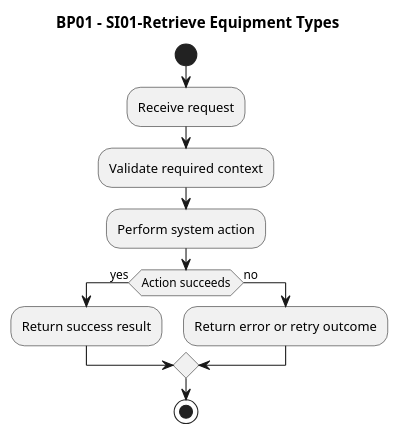
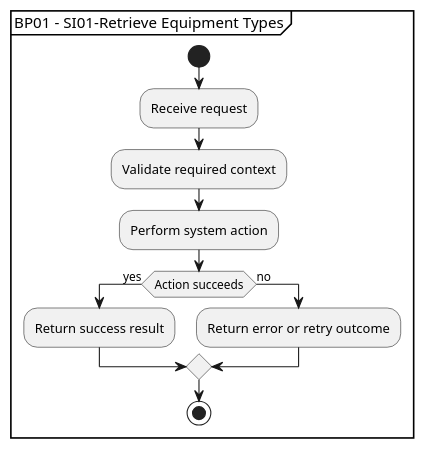
Before and after one commit to aaberg/builders-clinic-fix-me: the diagram in .opencode/skills/workflow-documenter/SKILL.md, drawn with PlantUML. The commit also changed other lines of this file and 54 other files, not shown here.

````diff
--- a/.opencode/skills/workflow-documenter/SKILL.md
+++ b/.opencode/skills/workflow-documenter/SKILL.md
@@ -116,17 +119,18 @@
 ```plantuml
 @startuml
-title BP01 - SI01-Retrieve Equipment Types
 
-start
-:Receive request;
-:Validate required context;
-:Perform system action;
-if (Action succeeds) then (yes)
-  :Return success result;
-else (no)
-  :Return error or retry outcome;
-endif
-stop
+partition "BP01 - SI01-Retrieve Equipment Types" {
+  start
+  :Receive request;
+  :Validate required context;
+  :Perform system action;
+  if (Action succeeds) then (yes)
+    :Return success result;
+  else (no)
+    :Return error or retry outcome;
+  endif
+  stop
+}
 
 @enduml
 ```
````
